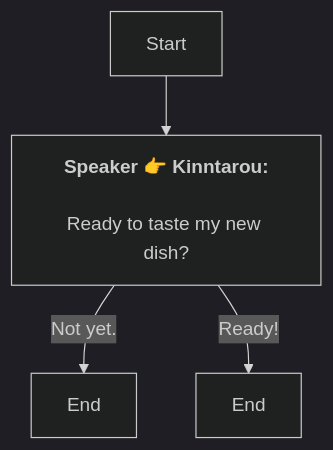
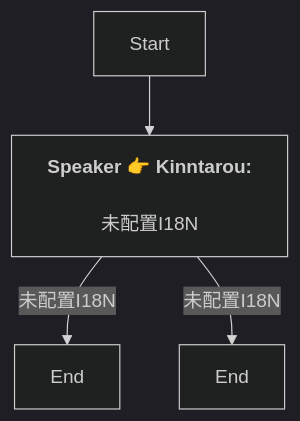
The diagram in En/QuestTalkObjectiveNode_1757653813027427.md (SoftHu/tos_avg), drawn with Mermaid (dark theme) before and after one commit. The commit also changed 730 other files, not shown here.

````diff
--- a/En/QuestTalkObjectiveNode_1757653813027427.md
+++ b/En/QuestTalkObjectiveNode_1757653813027427.md
@@ -1,8 +1,8 @@
 ```mermaid
 graph
 Start -->1757654079816294[<b>Speaker 👉 Kinntarou:</b>
-\nReady to taste my new dish?]
-1757654079816294 -->|Not yet.|1757655008383597[End]
-1757654079816294 -->|Ready!|1757655003113068[End]
+\n未配置I18N]
+1757654079816294 -->|未配置I18N|1757655008383597[End]
+1757654079816294 -->|未配置I18N|1757655003113068[End]
 
 ```
````
